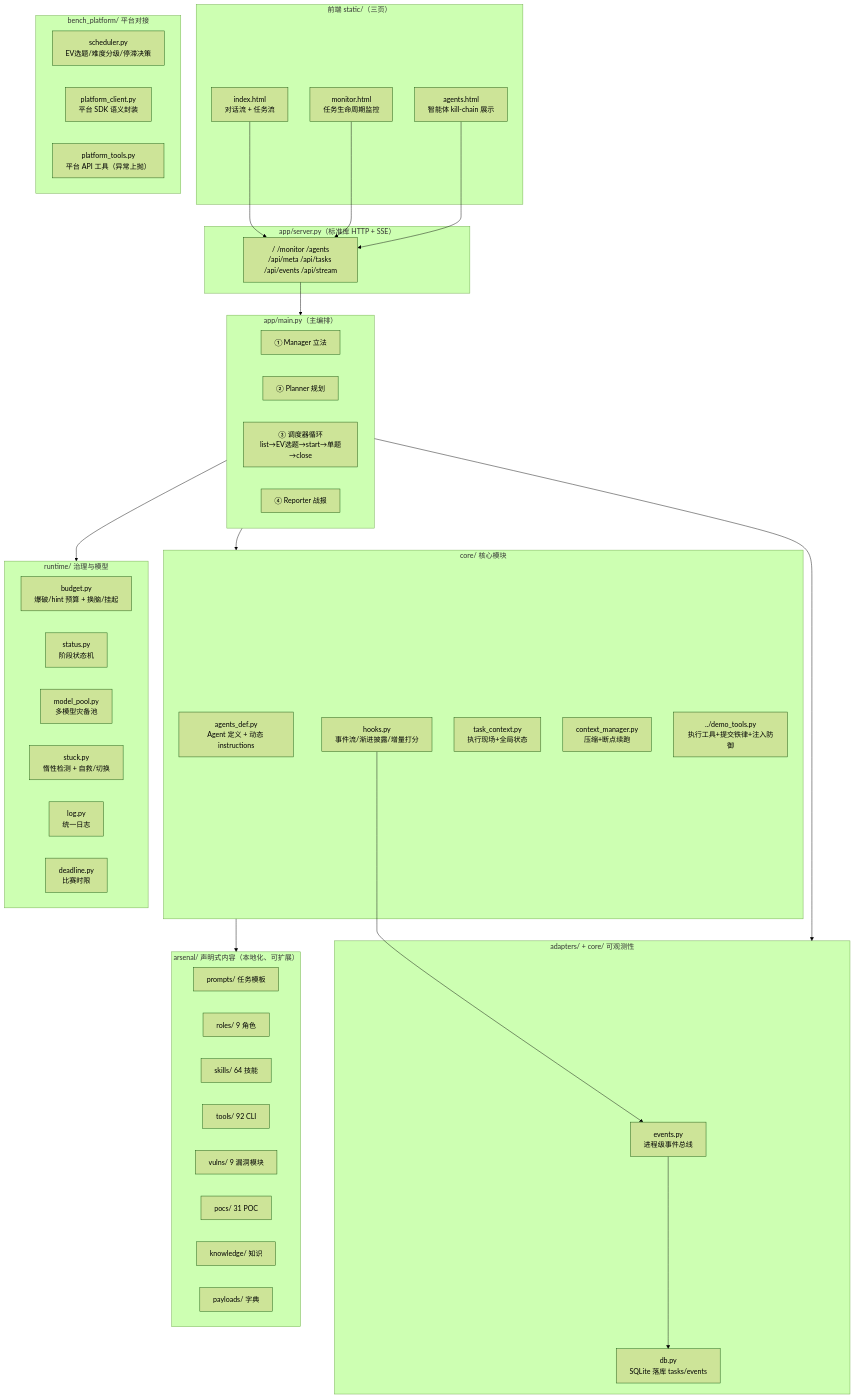
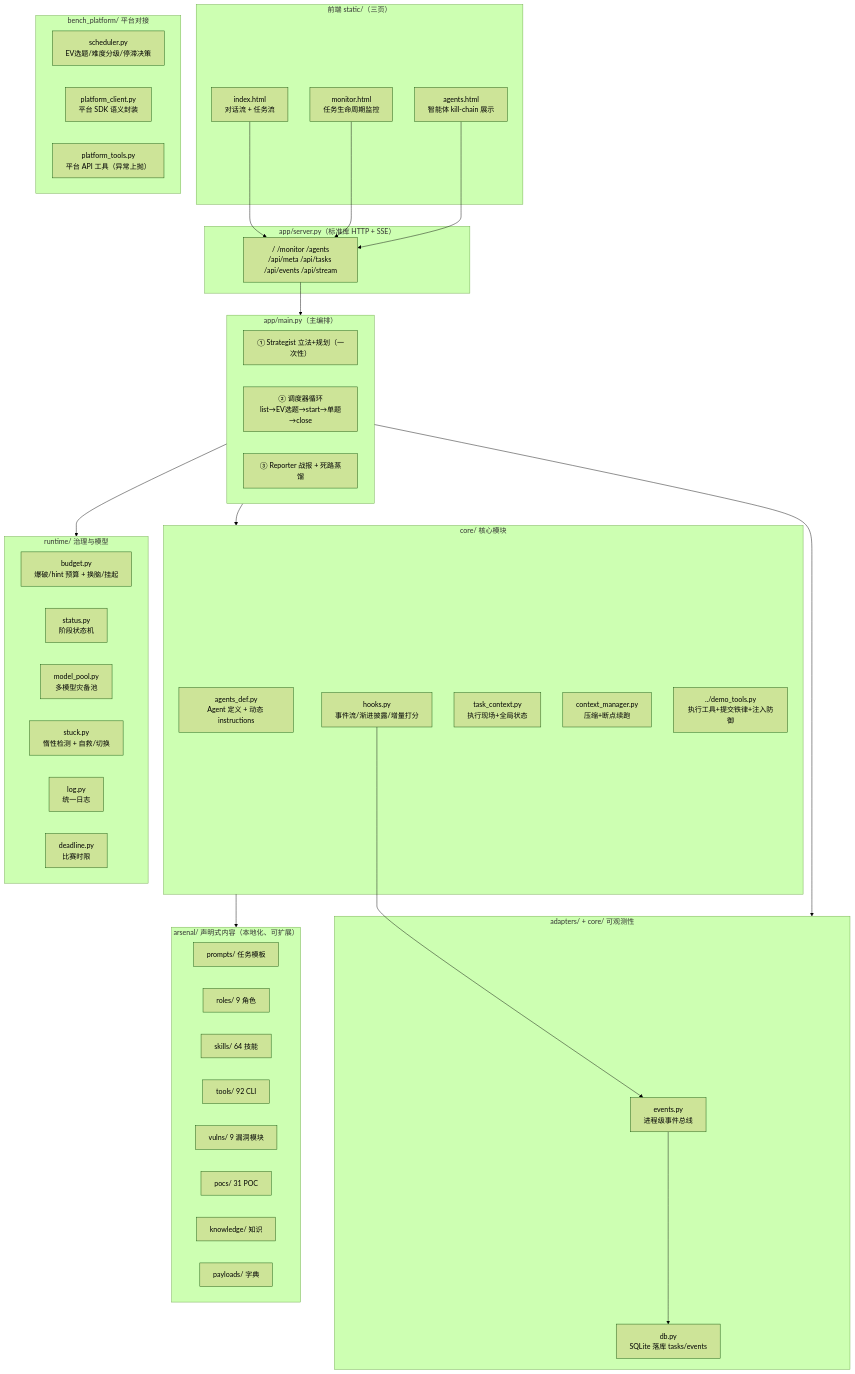
The first of 4 diagrams in README.md (honysyang/secai), drawn with Mermaid (forest theme) before and after one commit. The commit also changed other lines of this file and 1 other file, not shown here.

````diff
--- a/README.md
+++ b/README.md
@@ -104,66 +106,65 @@
 ```mermaid
 flowchart TB
     subgraph Frontend["前端 static/（三页）"]
         FE1["index.html<br/>对话流 + 任务流"]
         FE2["monitor.html<br/>任务生命周期监控"]
         FE3["agents.html<br/>智能体 kill-chain 展示"]
     end
 
     subgraph Server["app/server.py（标准库 HTTP + SSE）"]
         SRV["/ /monitor /agents<br/>/api/meta /api/tasks /api/events /api/stream"]
     end
 
     subgraph Orchestrator["app/main.py（主编排）"]
-        MGR["① Manager 立法"]
-        PLN["② Planner 规划"]
-        SCH["③ 调度器循环<br/>list→EV选题→start→单题→close"]
-        RPT["④ Reporter 战报"]
+        STG["① Strategist 立法+规划（一次性）"]
+        SCH["② 调度器循环<br/>list→EV选题→start→单题→close"]
+        RPT["③ Reporter 战报 + 死路蒸馏"]
     end
 
     subgraph Core["core/ 核心模块"]
         AGENT["agents_def.py<br/>Agent 定义 + 动态 instructions"]
         HOOKS["hooks.py<br/>事件流/渐进披露/增量打分"]
         CTX["task_context.py<br/>执行现场+全局状态"]
         CTXM["context_manager.py<br/>压缩+断点续跑"]
         TOOLS["../demo_tools.py<br/>执行工具+提交铁律+注入防御"]
     end
 
     subgraph Platform["bench_platform/ 平台对接"]
         SCHED["scheduler.py<br/>EV选题/难度分级/停滞决策"]
         PCLI["platform_client.py<br/>平台 SDK 语义封装"]
         PTOOLS["platform_tools.py<br/>平台 API 工具（异常上抛）"]
     end
 
     subgraph Observability["adapters/ + core/ 可观测性"]
         BUS["events.py<br/>进程级事件总线"]
         DB["db.py<br/>SQLite 落库 tasks/events"]
     end
 
     subgraph Runtime["runtime/ 治理与模型"]
         BGT["budget.py<br/>爆破/hint 预算 + 换脑/挂起"]
         STA["status.py<br/>阶段状态机"]
         MPL["model_pool.py<br/>多模型灾备池"]
         STK["stuck.py<br/>惰性检测 + 自救/切换"]
         LOG["log.py<br/>统一日志"]
         DDL["deadline.py<br/>比赛时限"]
     end
 
     subgraph Declarative["arsenal/ 声明式内容（本地化、可扩展）"]
         PROMPTS["prompts/ 任务模板"]
         ROLES["roles/ 9 角色"]
         SKILLS["skills/ 64 技能"]
         CLITOOLS["tools/ 92 CLI"]
         VULNS["vulns/ 9 漏洞模块"]
         POCS["pocs/ 31 POC"]
         KNOW["knowledge/ 知识"]
         PAYL["payloads/ 字典"]
     end
 
     FE1 & FE2 & FE3 --> SRV
     SRV --> Orchestrator
     Orchestrator --> Core
     Orchestrator --> Runtime
     Orchestrator --> Observability
     Core --> Declarative
     HOOKS --> BUS --> DB
 ```
````
